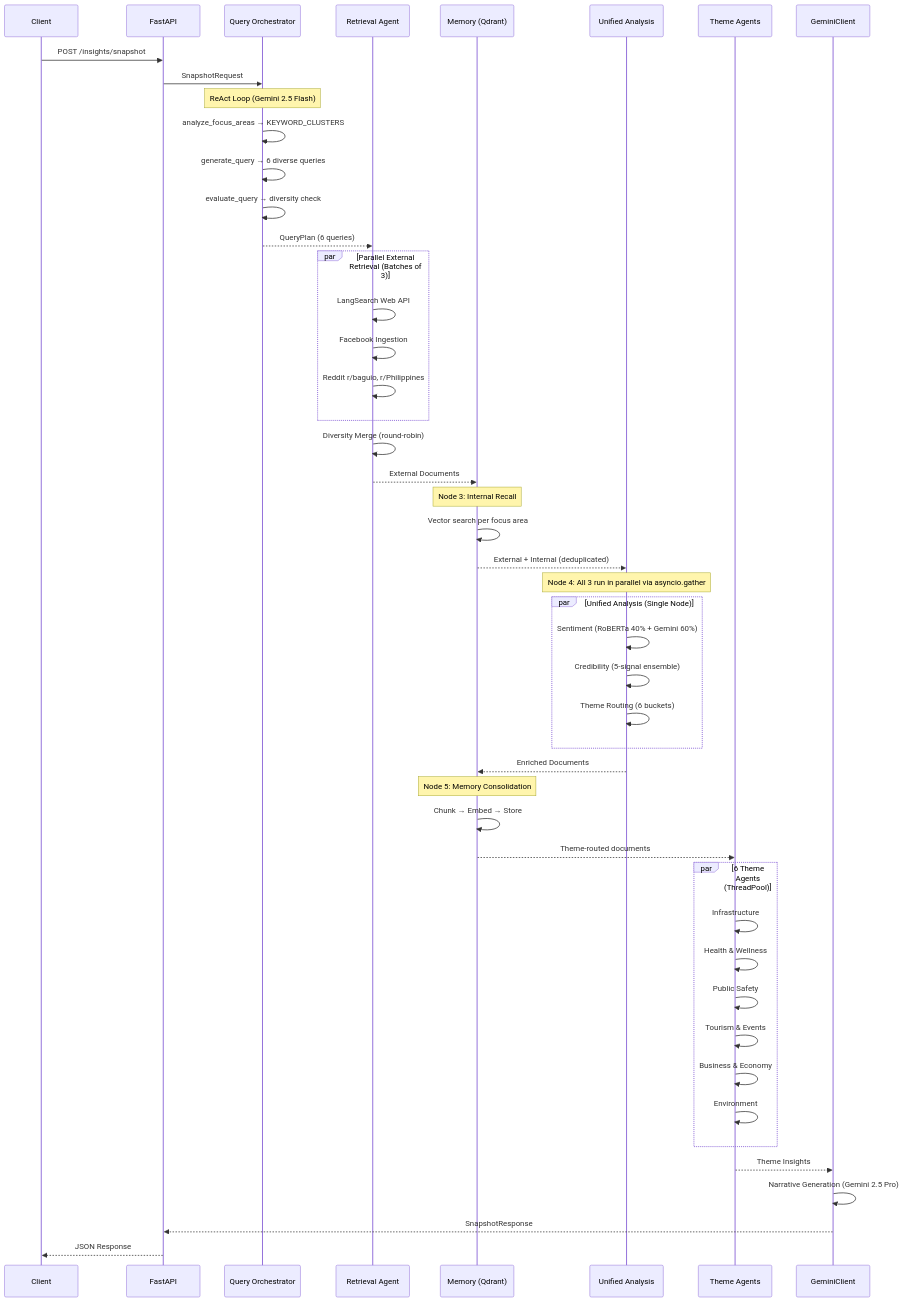
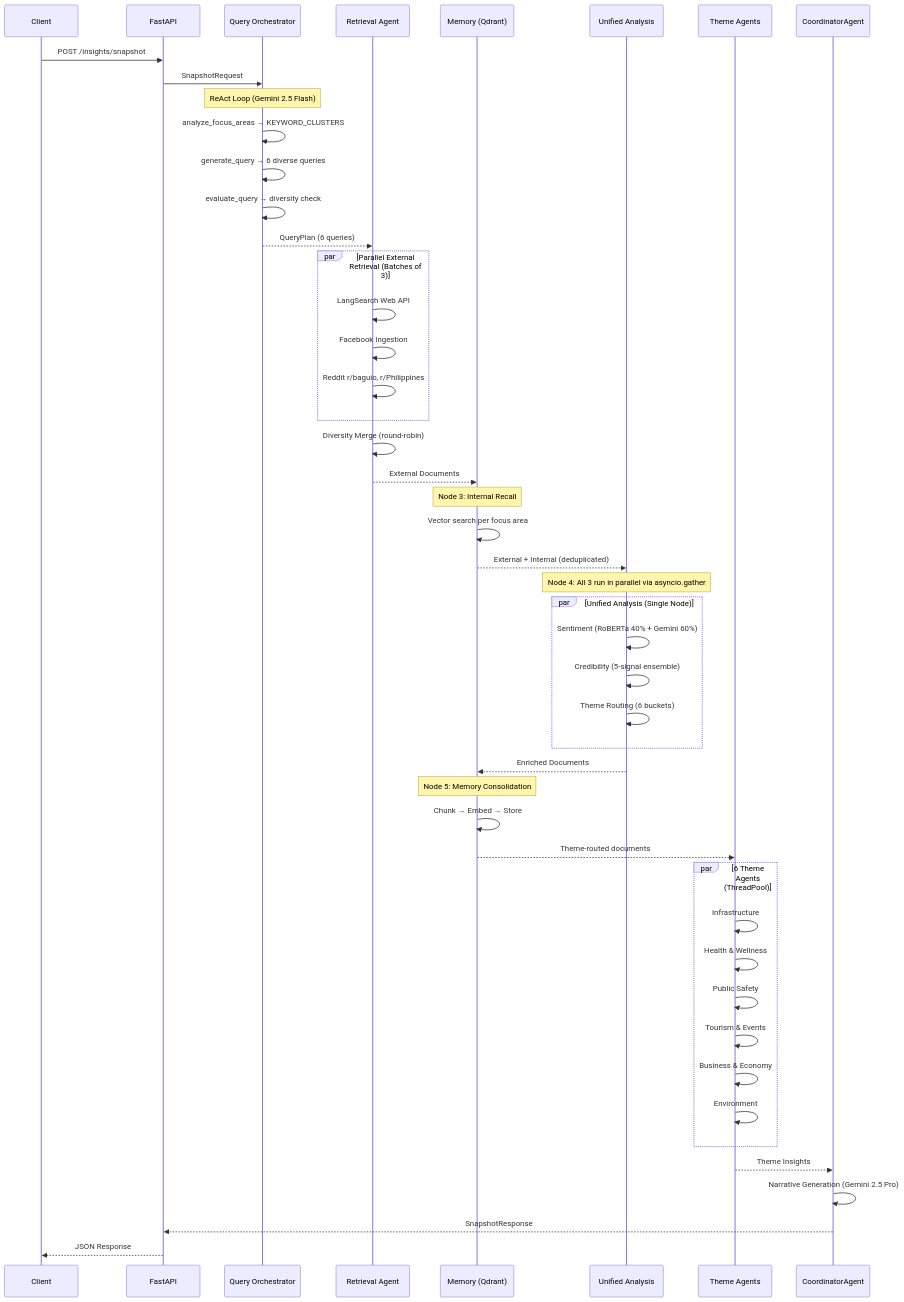
The second of 3 diagrams in docs/ARCHITECTURE.md (donyelqt/Hinaing), drawn with Mermaid before and after one commit. The commit also changed other lines of this file and 9 other files, not shown here.

First line of the commit message:
feat(agents): Add CoordinatorAgent for Node 7 narrative generation

````diff
--- a/docs/ARCHITECTURE.md
+++ b/docs/ARCHITECTURE.md
@@ -185,58 +186,58 @@
 ```mermaid
 sequenceDiagram
     participant Client
     participant API as FastAPI
     participant QO as Query Orchestrator
     participant RA as Retrieval Agent
     participant MEM as Memory (Qdrant)
     participant ANALYZE as Unified Analysis
     participant TA as Theme Agents
-    participant GC as GeminiClient
+    participant GC as CoordinatorAgent
 
     Client->>API: POST /insights/snapshot
     API->>QO: SnapshotRequest
     
     Note over QO: ReAct Loop (Gemini 2.5 Flash)
     QO->>QO: analyze_focus_areas → KEYWORD_CLUSTERS
     QO->>QO: generate_query → 6 diverse queries
     QO->>QO: evaluate_query → diversity check
     QO-->>RA: QueryPlan (6 queries)
 
     par Parallel External Retrieval (Batches of 3)
         RA->>RA: LangSearch Web API
         RA->>RA: Facebook Ingestion
         RA->>RA: Reddit r/baguio, r/Philippines
     end
     RA->>RA: Diversity Merge (round-robin)
     RA-->>MEM: External Documents
 
     Note over MEM: Node 3: Internal Recall
     MEM->>MEM: Vector search per focus area
     MEM-->>ANALYZE: External + Internal (deduplicated)
 
     Note over ANALYZE: Node 4: All 3 run in parallel via asyncio.gather
     par Unified Analysis (Single Node)
         ANALYZE->>ANALYZE: Sentiment (RoBERTa 40% + Gemini 60%)
         ANALYZE->>ANALYZE: Credibility (5-signal ensemble)
         ANALYZE->>ANALYZE: Theme Routing (6 buckets)
     end
     ANALYZE-->>MEM: Enriched Documents
 
     Note over MEM: Node 5: Memory Consolidation
     MEM->>MEM: Chunk → Embed → Store
     MEM-->>TA: Theme-routed documents
 
     par 6 Theme Agents (ThreadPool)
         TA->>TA: Infrastructure
         TA->>TA: Health & Wellness
         TA->>TA: Public Safety
         TA->>TA: Tourism & Events
         TA->>TA: Business & Economy
         TA->>TA: Environment
     end
     TA-->>GC: Theme Insights
 
     GC->>GC: Narrative Generation (Gemini 2.5 Pro)
     GC-->>API: SnapshotResponse
     API-->>Client: JSON Response
 ```
````
